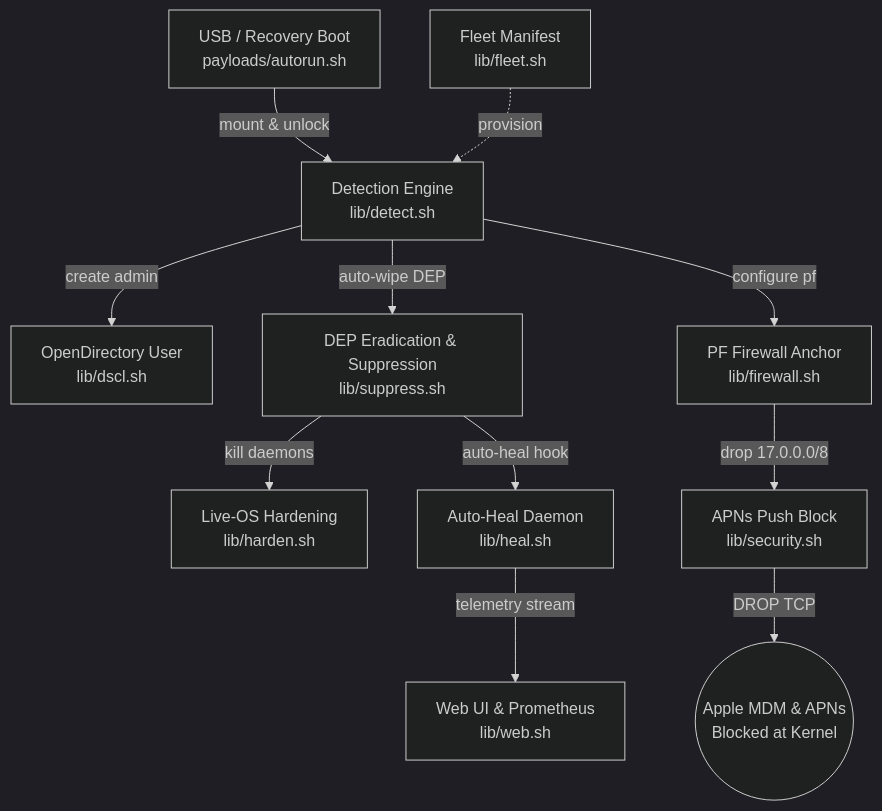
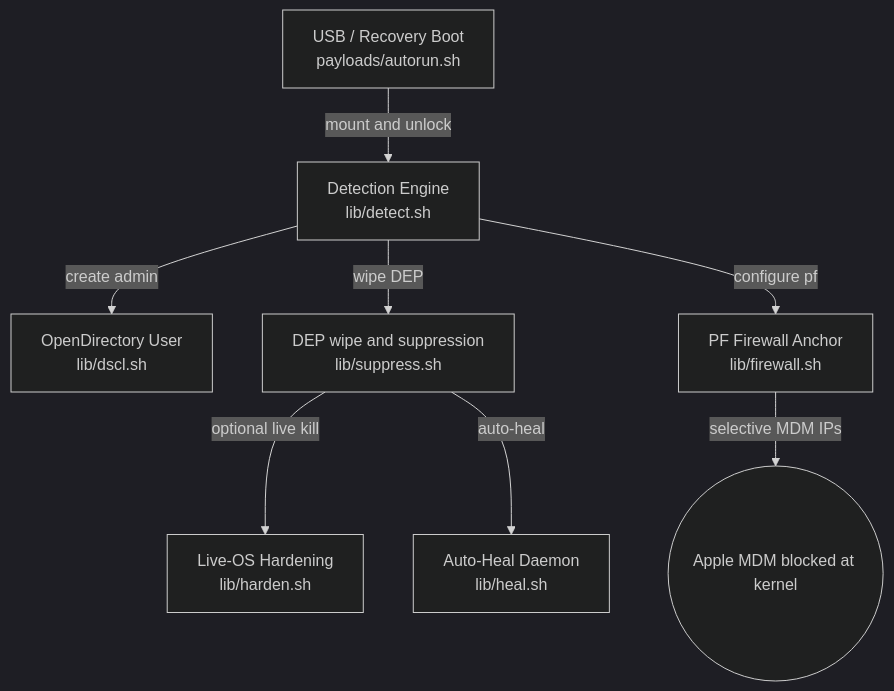
The diagram in README.md (iacavd/unleash), drawn with Mermaid (dark theme) before and after one commit. The commit also changed other lines of this file and 37 other files, not shown here.

````diff
--- a/README.md
+++ b/README.md
@@ -49,13 +46,10 @@
 ```mermaid
 graph TD
-    A[USB / Recovery Boot<br/>payloads/autorun.sh] -->|mount & unlock| B[Detection Engine<br/>lib/detect.sh]
-    M[Fleet Manifest<br/>lib/fleet.sh] -.->|provision| B
+    A[USB / Recovery Boot<br/>payloads/autorun.sh] -->|mount and unlock| B[Detection Engine<br/>lib/detect.sh]
     B -->|create admin| C[OpenDirectory User<br/>lib/dscl.sh]
-    B -->|auto-wipe DEP| D[DEP Eradication & Suppression<br/>lib/suppress.sh]
+    B -->|wipe DEP| D[DEP wipe and suppression<br/>lib/suppress.sh]
     B -->|configure pf| E[PF Firewall Anchor<br/>lib/firewall.sh]
-    D -->|kill daemons| J[Live-OS Hardening<br/>lib/harden.sh]
-    E -->|drop 17.0.0.0/8| F[APNs Push Block<br/>lib/security.sh]
-    D -->|auto-heal hook| G[Auto-Heal Daemon<br/>lib/heal.sh]
-    G -->|telemetry stream| H[Web UI & Prometheus<br/>lib/web.sh]
-    F -->|DROP TCP| I((Apple MDM & APNs<br/>Blocked at Kernel))
+    D -->|optional live kill| J[Live-OS Hardening<br/>lib/harden.sh]
+    D -->|auto-heal| G[Auto-Heal Daemon<br/>lib/heal.sh]
+    E -->|selective MDM IPs| I((Apple MDM blocked at kernel))
 ```
````
